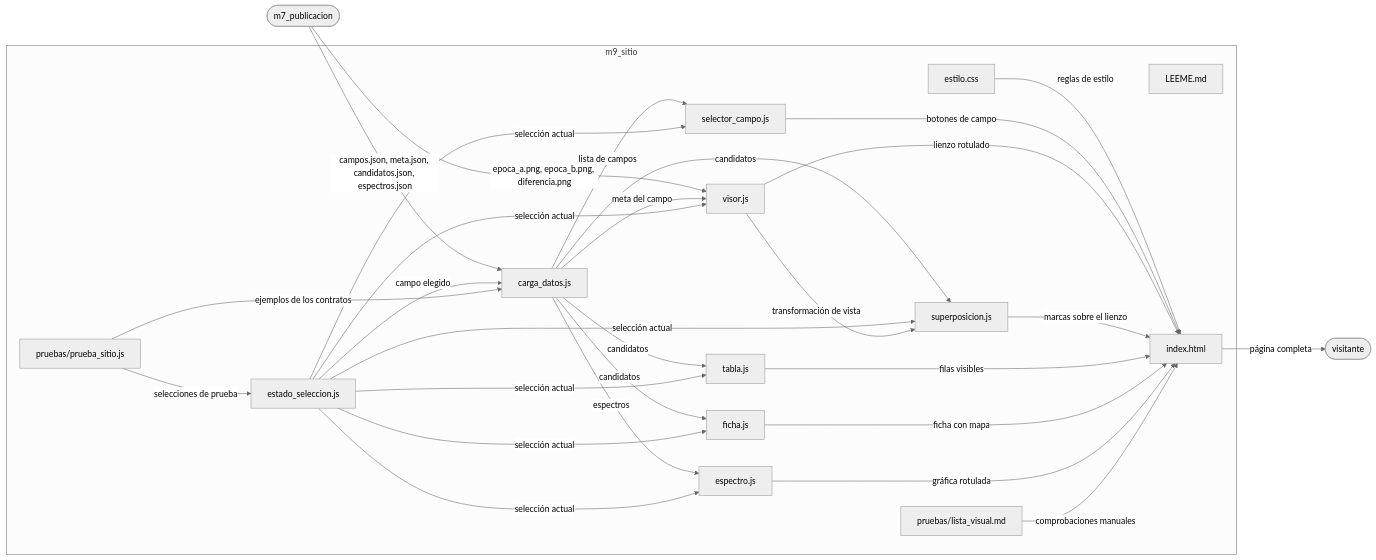
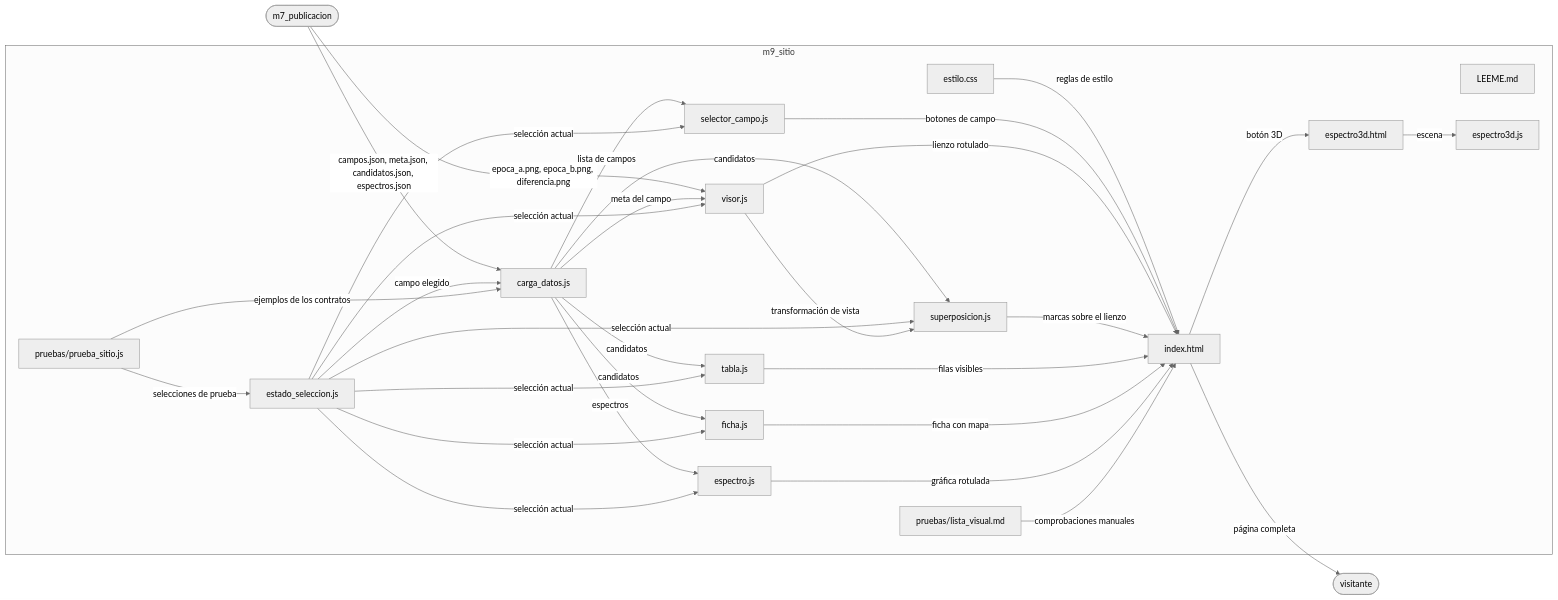
One commit to Beltranpcb/AstroNova changed the ninth of 17 diagrams in ARQUITECTURA.md. Above: the diagram before and after it, drawn with Mermaid (neutral theme). The commit also changed other lines of this file and 6 other files, not shown here.

````diff
--- a/ARQUITECTURA.md
+++ b/ARQUITECTURA.md
@@ -431,47 +431,51 @@
 ```mermaid
 flowchart LR
   subgraph MODULO["m9_sitio"]
     f0["LEEME.md"]
     f1["index.html"]
     f2["estilo.css"]
     f3["estado_seleccion.js"]
     f4["carga_datos.js"]
     f5["selector_campo.js"]
     f6["visor.js"]
     f7["superposicion.js"]
     f8["tabla.js"]
     f9["ficha.js"]
     f10["espectro.js"]
     f11["pruebas/prueba_sitio.js"]
     f12["pruebas/lista_visual.md"]
+    f16["espectro3d.html"]
+    f17["espectro3d.js"]
   end
   e0(["m7_publicacion"])
   e2(["visitante"])
   f2 -->|"reglas de estilo"| f1
   e0 -->|"campos.json, meta.json, candidatos.json, espectros.json"| f4
   e0 -->|"epoca_a.png, epoca_b.png, diferencia.png"| f6
   f3 -->|"campo elegido"| f4
   f4 -->|"lista de campos"| f5
   f4 -->|"meta del campo"| f6
   f4 -->|"candidatos"| f7
   f4 -->|"candidatos"| f8
   f4 -->|"candidatos"| f9
   f4 -->|"espectros"| f10
   f3 -->|"selección actual"| f5
   f3 -->|"selección actual"| f6
   f3 -->|"selección actual"| f7
   f3 -->|"selección actual"| f8
   f3 -->|"selección actual"| f9
   f3 -->|"selección actual"| f10
   f6 -->|"transformación de vista"| f7
   f5 -->|"botones de campo"| f1
   f6 -->|"lienzo rotulado"| f1
   f7 -->|"marcas sobre el lienzo"| f1
   f8 -->|"filas visibles"| f1
   f9 -->|"ficha con mapa"| f1
   f10 -->|"gráfica rotulada"| f1
+  f1 -->|"botón 3D"| f16
+  f16 -->|"escena"| f17
   f1 -->|"página completa"| e2
   f11 -->|"ejemplos de los contratos"| f4
   f11 -->|"selecciones de prueba"| f3
   f12 -->|"comprobaciones manuales"| f1
 ```
````
